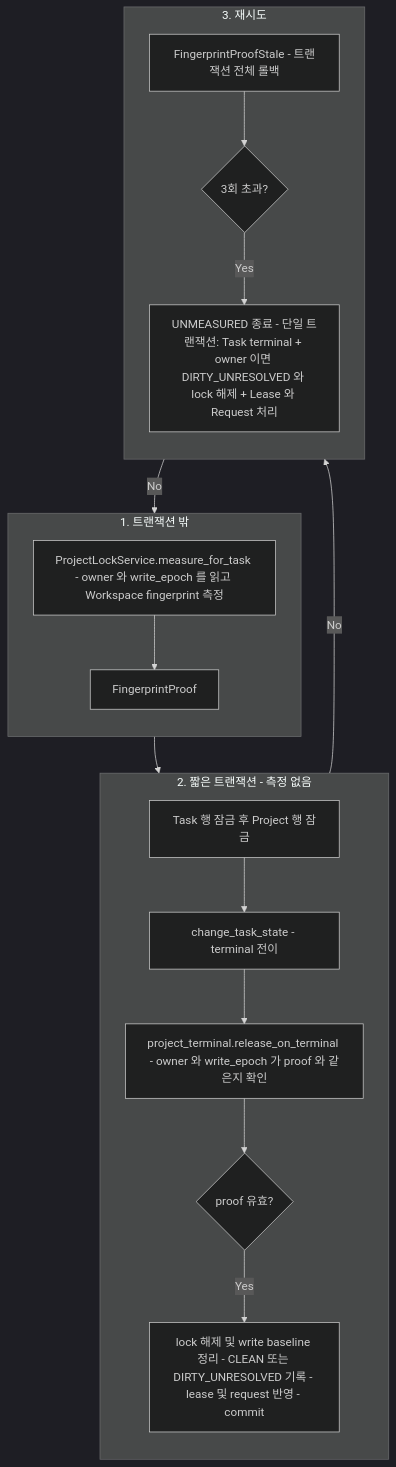
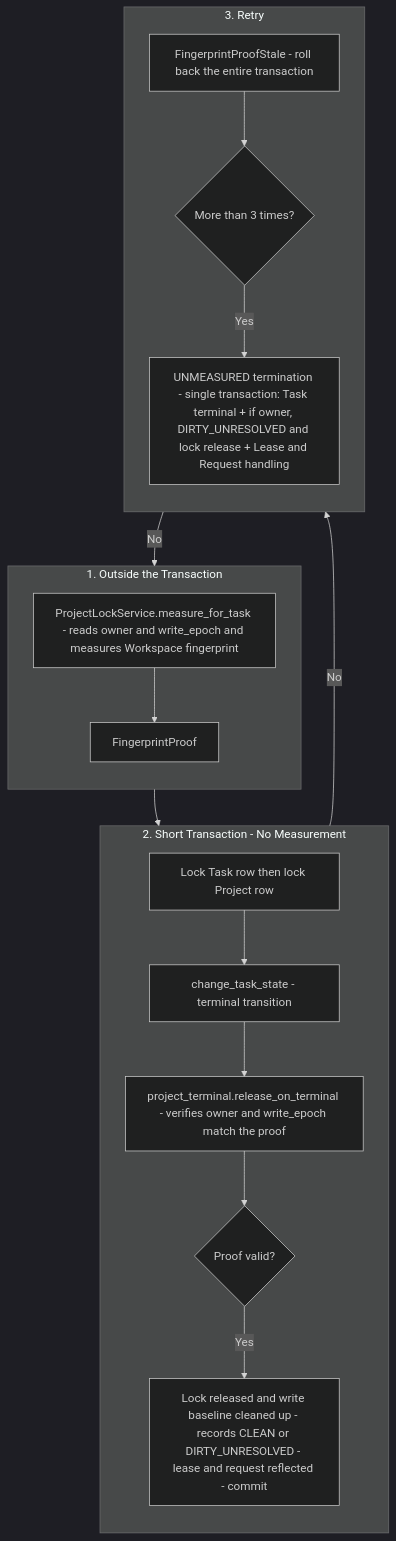
The second of 4 diagrams in docs/workflow/11-task-lifecycle.md (mdgome/orchestra-ai), drawn with Mermaid (dark theme) before and after one commit. The commit also changed other lines of this file and 31 other files, not shown here.

````diff
--- a/docs/workflow/11-task-lifecycle.md
+++ b/docs/workflow/11-task-lifecycle.md
@@ -62,25 +64,25 @@
 ```mermaid
 flowchart TD
-    subgraph MEASURE["1. 트랜잭션 밖"]
+    subgraph MEASURE["1. Outside the Transaction"]
         direction TB
-        A["ProjectLockService.measure_for_task - owner 와 write_epoch 를 읽고 Workspace fingerprint 측정"] --> P["FingerprintProof"]
+        A["ProjectLockService.measure_for_task - reads owner and write_epoch and measures Workspace fingerprint"] --> P["FingerprintProof"]
     end
 
-    subgraph TXN["2. 짧은 트랜잭션 - 측정 없음"]
+    subgraph TXN["2. Short Transaction - No Measurement"]
         direction TB
-        B["Task 행 잠금 후 Project 행 잠금"] --> C["change_task_state - terminal 전이"]
-        C --> D["project_terminal.release_on_terminal - owner 와 write_epoch 가 proof 와 같은지 확인"]
-        D --> E{"proof 유효?"}
-        E -->|"Yes"| F["lock 해제 및 write baseline 정리 - CLEAN 또는 DIRTY_UNRESOLVED 기록 - lease 및 request 반영 - commit"]
+        B["Lock Task row then lock Project row"] --> C["change_task_state - terminal transition"]
+        C --> D["project_terminal.release_on_terminal - verifies owner and write_epoch match the proof"]
+        D --> E{"Proof valid?"}
+        E -->|"Yes"| F["Lock released and write baseline cleaned up - records CLEAN or DIRTY_UNRESOLVED - lease and request reflected - commit"]
     end
 
-    subgraph RETRY["3. 재시도"]
+    subgraph RETRY["3. Retry"]
         direction TB
-        R1["FingerprintProofStale - 트랜잭션 전체 롤백"] --> R2{"3회 초과?"}
+        R1["FingerprintProofStale - roll back the entire transaction"] --> R2{"More than 3 times?"}
         R2 -->|"No"| A
-        R2 -->|"Yes"| U["UNMEASURED 종료 - 단일 트랜잭션: Task terminal + owner 이면 DIRTY_UNRESOLVED 와 lock 해제 + Lease 와 Request 처리"]
+        R2 -->|"Yes"| U["UNMEASURED termination - single transaction: Task terminal + if owner, DIRTY_UNRESOLVED and lock release + Lease and Request handling"]
     end
 
     P --> B
     E -->|"No"| R1
 ```
````
